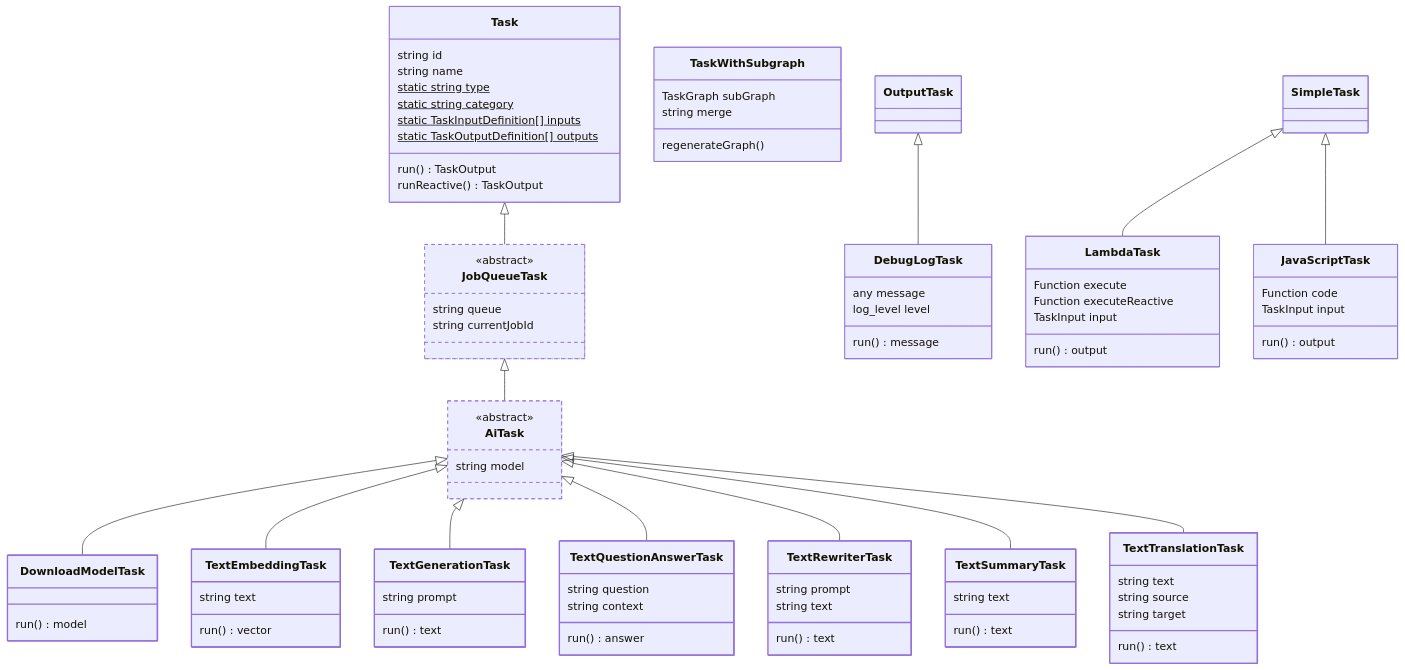
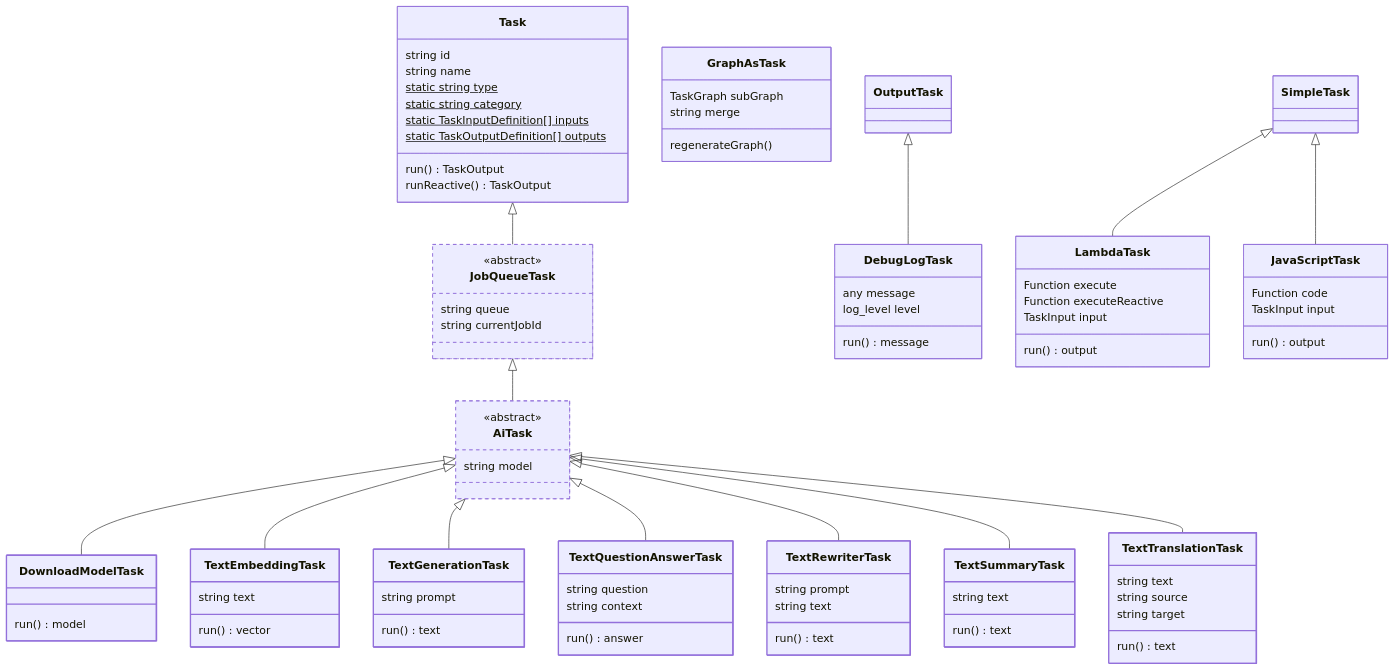
The second of 5 diagrams in docs/developers/02_architecture.md (PodleyAI/podley), drawn with Mermaid before and after one commit. The commit also changed 16 other files, not shown here.

Commit message:
refactor: rename TaskWithSubgraph to GraphAsTask

```diff
--- a/docs/developers/02_architecture.md
+++ b/docs/developers/02_architecture.md
@@ -119,7 +119,7 @@
       runReactive() TaskOutput
     }
 
-    class TaskWithSubgraph{
+    class GraphAsTask{
       TaskGraph subGraph
       string merge
       regenerateGraph()
```
